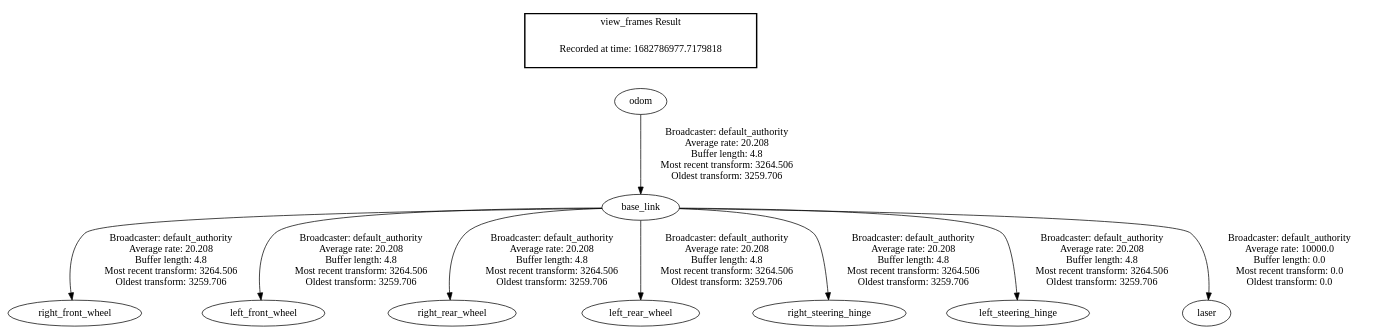
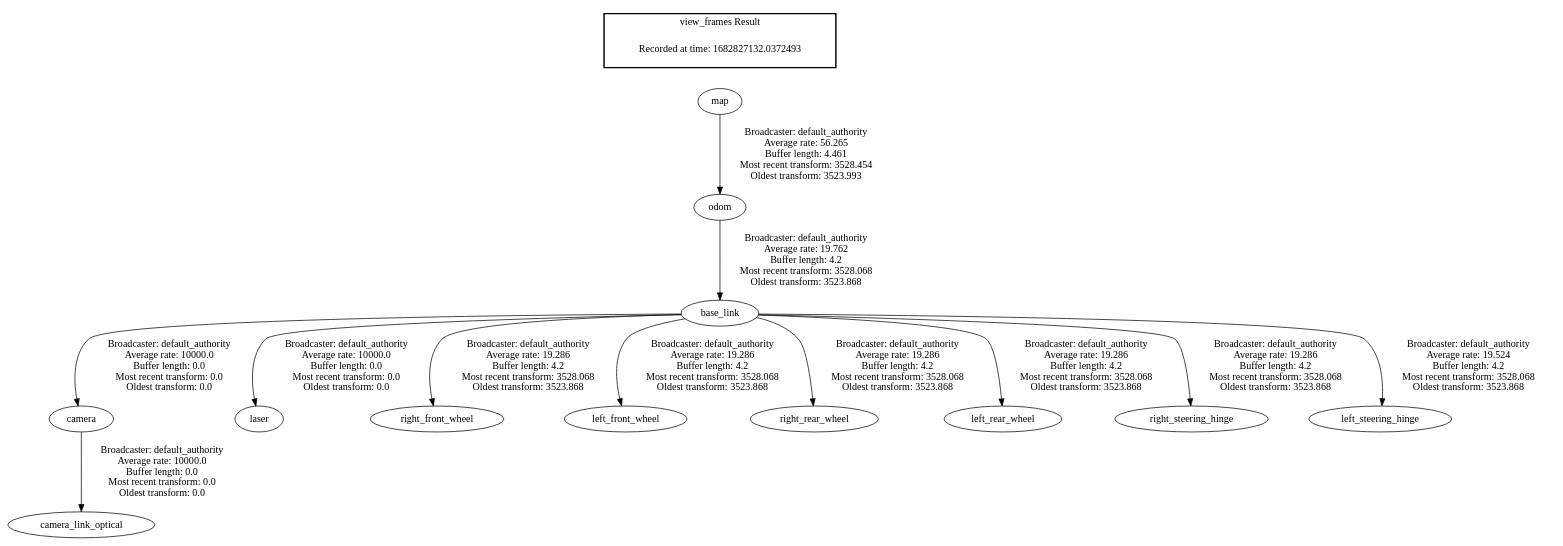
Before and after one commit to rteclab/rtec_vehicle_sim: the diagram in tf_views/frames.gv, drawn with Graphviz. The commit also changed 2 other files, not shown here.

```diff
--- a/tf_views/frames.gv
+++ b/tf_views/frames.gv
@@ -1,14 +1,17 @@
 digraph G {
-"base_link" -> "right_front_wheel"[label=" Broadcaster: default_authority\nAverage rate: 20.208\nBuffer length: 4.8\nMost recent transform: 3264.506\nOldest transform: 3259.706\n"];
-"odom" -> "base_link"[label=" Broadcaster: default_authority\nAverage rate: 20.208\nBuffer length: 4.8\nMost recent transform: 3264.506\nOldest transform: 3259.706\n"];
-"base_link" -> "left_front_wheel"[label=" Broadcaster: default_authority\nAverage rate: 20.208\nBuffer length: 4.8\nMost recent transform: 3264.506\nOldest transform: 3259.706\n"];
-"base_link" -> "right_rear_wheel"[label=" Broadcaster: default_authority\nAverage rate: 20.208\nBuffer length: 4.8\nMost recent transform: 3264.506\nOldest transform: 3259.706\n"];
-"base_link" -> "left_rear_wheel"[label=" Broadcaster: default_authority\nAverage rate: 20.208\nBuffer length: 4.8\nMost recent transform: 3264.506\nOldest transform: 3259.706\n"];
-"base_link" -> "right_steering_hinge"[label=" Broadcaster: default_authority\nAverage rate: 20.208\nBuffer length: 4.8\nMost recent transform: 3264.506\nOldest transform: 3259.706\n"];
-"base_link" -> "left_steering_hinge"[label=" Broadcaster: default_authority\nAverage rate: 20.208\nBuffer length: 4.8\nMost recent transform: 3264.506\nOldest transform: 3259.706\n"];
+"base_link" -> "camera"[label=" Broadcaster: default_authority\nAverage rate: 10000.0\nBuffer length: 0.0\nMost recent transform: 0.0\nOldest transform: 0.0\n"];
+"odom" -> "base_link"[label=" Broadcaster: default_authority\nAverage rate: 19.762\nBuffer length: 4.2\nMost recent transform: 3528.068\nOldest transform: 3523.868\n"];
+"camera" -> "camera_link_optical"[label=" Broadcaster: default_authority\nAverage rate: 10000.0\nBuffer length: 0.0\nMost recent transform: 0.0\nOldest transform: 0.0\n"];
 "base_link" -> "laser"[label=" Broadcaster: default_authority\nAverage rate: 10000.0\nBuffer length: 0.0\nMost recent transform: 0.0\nOldest transform: 0.0\n"];
+"map" -> "odom"[label=" Broadcaster: default_authority\nAverage rate: 56.265\nBuffer length: 4.461\nMost recent transform: 3528.454\nOldest transform: 3523.993\n"];
+"base_link" -> "right_front_wheel"[label=" Broadcaster: default_authority\nAverage rate: 19.286\nBuffer length: 4.2\nMost recent transform: 3528.068\nOldest transform: 3523.868\n"];
+"base_link" -> "left_front_wheel"[label=" Broadcaster: default_authority\nAverage rate: 19.286\nBuffer length: 4.2\nMost recent transform: 3528.068\nOldest transform: 3523.868\n"];
+"base_link" -> "right_rear_wheel"[label=" Broadcaster: default_authority\nAverage rate: 19.286\nBuffer length: 4.2\nMost recent transform: 3528.068\nOldest transform: 3523.868\n"];
+"base_link" -> "left_rear_wheel"[label=" Broadcaster: default_authority\nAverage rate: 19.286\nBuffer length: 4.2\nMost recent transform: 3528.068\nOldest transform: 3523.868\n"];
+"base_link" -> "right_steering_hinge"[label=" Broadcaster: default_authority\nAverage rate: 19.286\nBuffer length: 4.2\nMost recent transform: 3528.068\nOldest transform: 3523.868\n"];
+"base_link" -> "left_steering_hinge"[label=" Broadcaster: default_authority\nAverage rate: 19.524\nBuffer length: 4.2\nMost recent transform: 3528.068\nOldest transform: 3523.868\n"];
 edge [style=invis];
  subgraph cluster_legend { style=bold; color=black; label ="view_frames Result";
-"Recorded at time: 1682786977.7179818"[ shape=plaintext ] ;
-}->"odom";
+"Recorded at time: 1682827132.0372493"[ shape=plaintext ] ;
+}->"map";
 }
```
